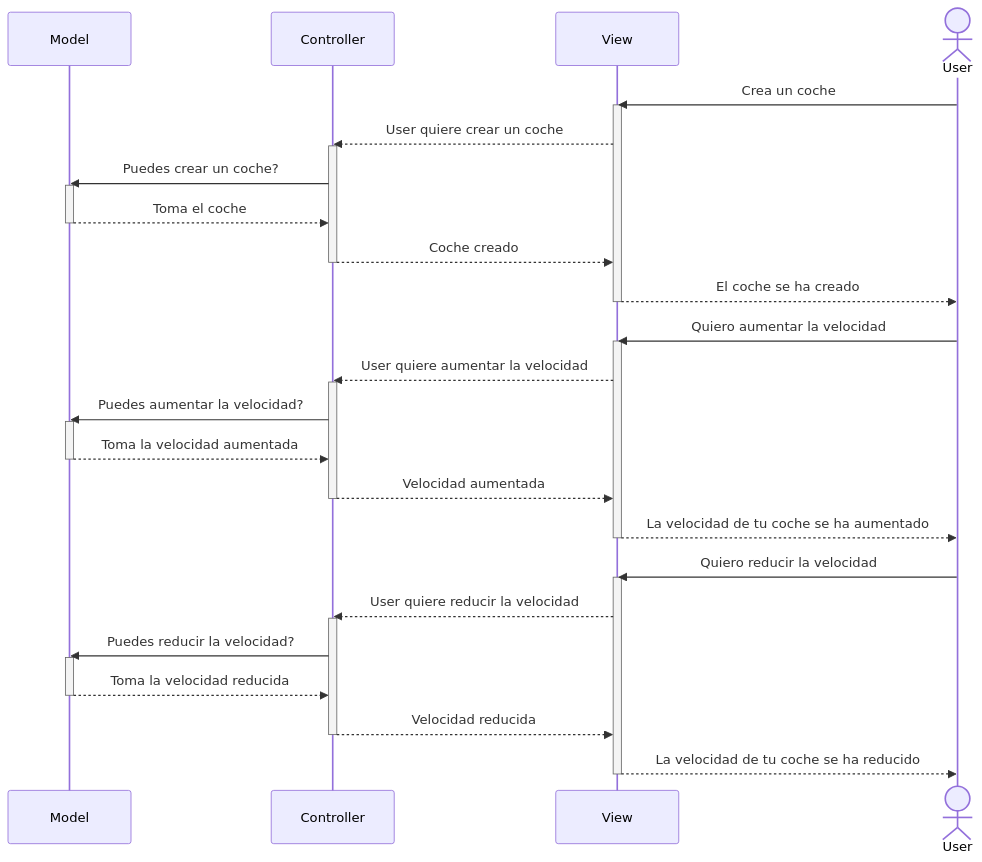
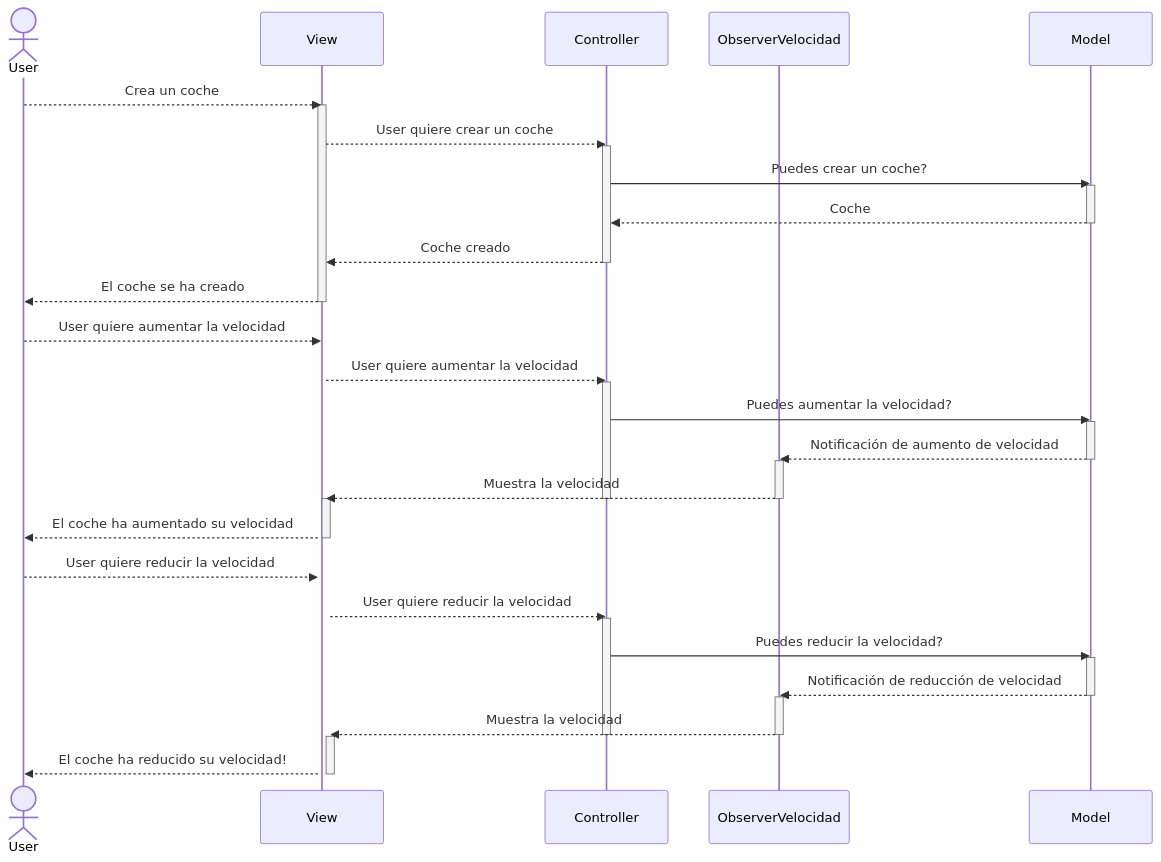
The second of 4 diagrams in Readme.md (JorgeAmestoy/MVC_coches), drawn with Mermaid before and after one commit. The commit also changed other lines of this file, not shown here.

````diff
--- a/Readme.md
+++ b/Readme.md
@@ -51,47 +63,51 @@
 ```mermaid
 sequenceDiagram
+    actor User
+    participant View
+    participant Controller
+    participant ObserverVelocidad
     participant Model
-    participant Controller
-    participant View
-    actor User    
     
-    User->>View: Crea un coche
+    User-->>View: Crea un coche
     activate View
     View-->>Controller: User quiere crear un coche
-    activate Controller    
+    activate Controller
     Controller->>Model: Puedes crear un coche?
     activate Model
-    Model-->>Controller: Toma el coche
-    Deactivate Model
+    Model-->>Controller: Coche
+    deactivate Model
     Controller-->>View: Coche creado
     deactivate Controller
     View-->>User: El coche se ha creado
     deactivate View
     
-    User->>View: Quiero aumentar la velocidad
+    User-->>View: User quiere aumentar la velocidad
     activate View
     View-->>Controller: User quiere aumentar la velocidad
     activate Controller
     Controller->>Model: Puedes aumentar la velocidad?
     activate Model
-    Model-->>Controller: Toma la velocidad aumentada
+    Model-->>ObserverVelocidad: Notificación de aumento de velocidad
     deactivate Model
-    Controller-->>View: Velocidad aumentada
+    activate ObserverVelocidad
+    ObserverVelocidad-->>+View: Muestra la velocidad
+    deactivate ObserverVelocidad
     deactivate Controller
-    View-->>User: La velocidad de tu coche se ha aumentado
+    View-->>User: El coche ha aumentado su velocidad
     deactivate View
     
-    User->>View: Quiero reducir la velocidad
+    User-->>View: User quiere reducir la velocidad
     activate View
     View-->>Controller: User quiere reducir la velocidad
     activate Controller
     Controller->>Model: Puedes reducir la velocidad?
     activate Model
-    Model-->>Controller: Toma la velocidad reducida
+    Model-->>ObserverVelocidad: Notificación de reducción de velocidad
     deactivate Model
-    Controller-->>View: Velocidad reducida
+    activate ObserverVelocidad
+    ObserverVelocidad-->>+View: Muestra la velocidad
+    deactivate ObserverVelocidad
     deactivate Controller
-    View-->>User: La velocidad de tu coche se ha reducido
+    View-->>User: El coche ha reducido su velocidad!
     deactivate View
-
 ```
````
